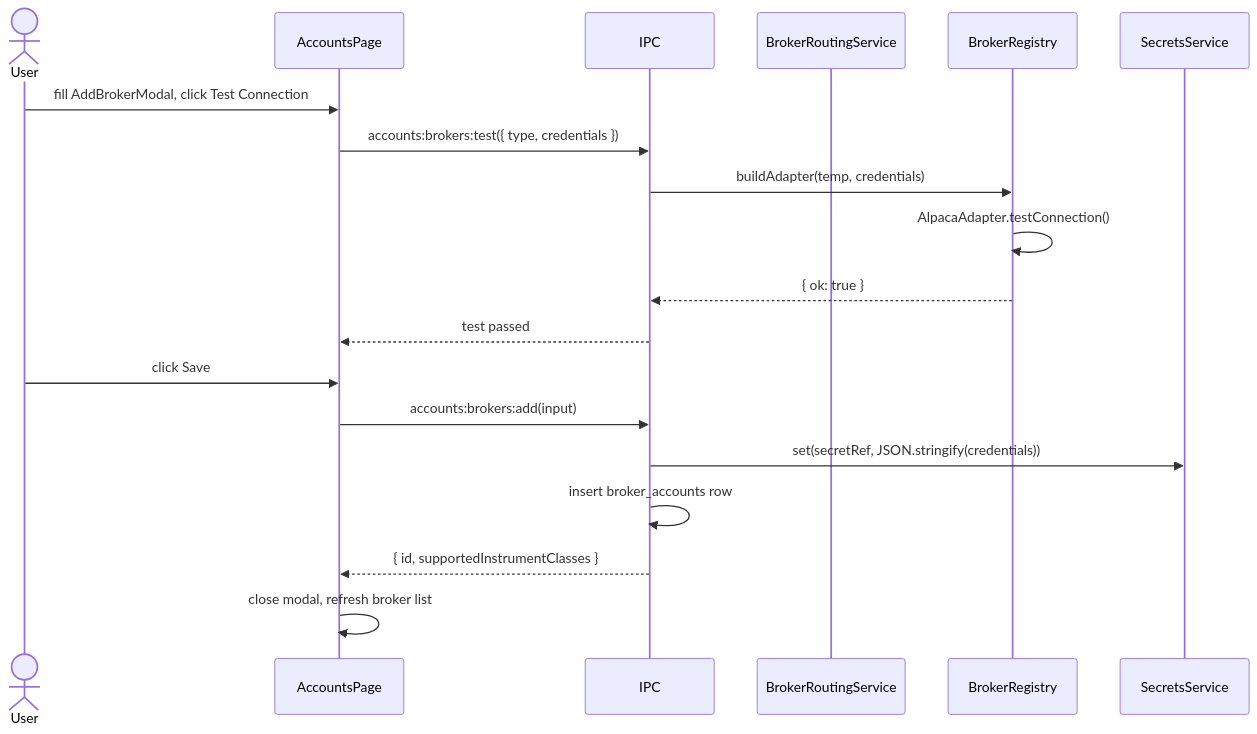
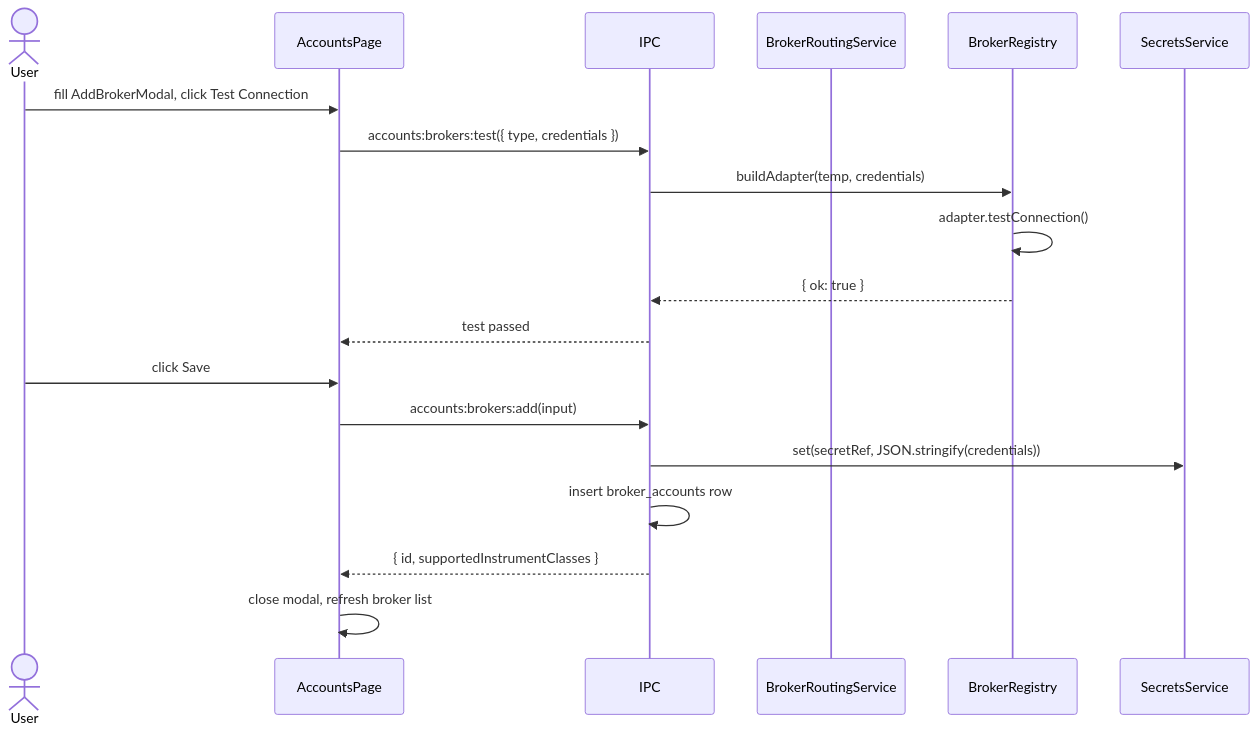
Before and after one commit to KennethAtchon/Exva: the first of 2 diagrams in docs/plan/phase-08-broker-routing.md, drawn with Mermaid. The commit also changed other lines of this file and 13 other files, not shown here.

````diff
--- a/docs/plan/phase-08-broker-routing.md
+++ b/docs/plan/phase-08-broker-routing.md
@@ -319,22 +411,22 @@
 ```mermaid
 sequenceDiagram
     actor User
     participant UI as AccountsPage
     participant IPC
     participant Svc as BrokerRoutingService
     participant Registry as BrokerRegistry
     participant Secrets as SecretsService
 
     User->>UI: fill AddBrokerModal, click Test Connection
     UI->>IPC: accounts:brokers:test({ type, credentials })
     IPC->>Registry: buildAdapter(temp, credentials)
-    Registry->>Registry: AlpacaAdapter.testConnection()
+    Registry->>Registry: adapter.testConnection()
     Registry-->>IPC: { ok: true }
     IPC-->>UI: test passed
     User->>UI: click Save
     UI->>IPC: accounts:brokers:add(input)
     IPC->>Secrets: set(secretRef, JSON.stringify(credentials))
     IPC->>IPC: insert broker_accounts row
     IPC-->>UI: { id, supportedInstrumentClasses }
     UI->>UI: close modal, refresh broker list
 ```
````
